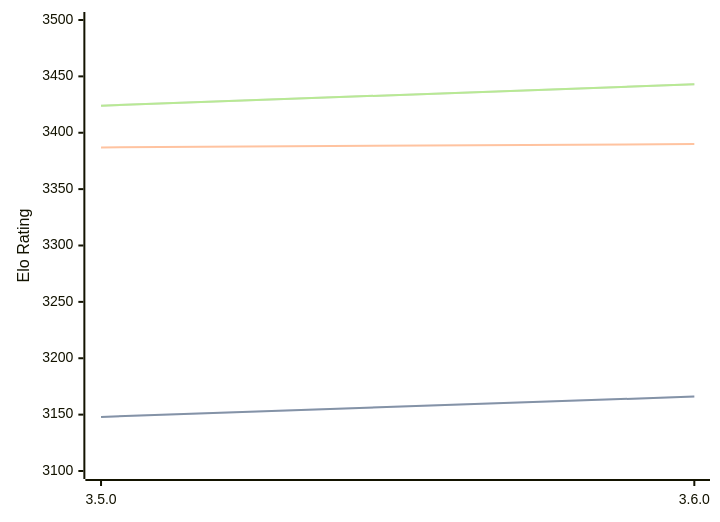
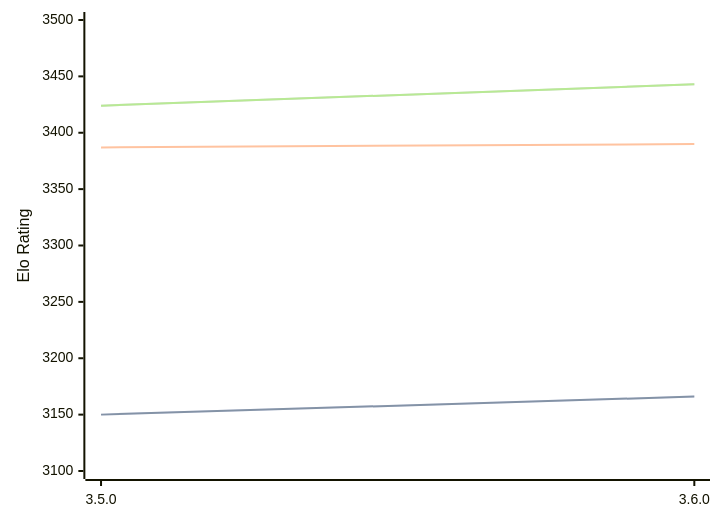
Before and after one commit to computer-chess-index/cci: the third of 3 diagrams in engines/Igel.md, drawn with Mermaid. The commit also changed other lines of this file, not shown here.

````diff
--- a/engines/Igel.md
+++ b/engines/Igel.md
@@ -101,11 +101,11 @@
 ```mermaid
 %%{init: {"theme":"base","themeVariables":{"seriesColors:['#a3a3a3','#222221','#faa371']}}}%%
 xychart-beta
   x-axis ["3.5.0", "3.6.0"]
   y-axis "Elo Rating" 3100 --> 3500
-  line "STC (8.0+0.08s)" [3148, 3166]
-  line "STC (8.0+0.08s)" [3148, 3166]
+  line "STC (8.0+0.08s)" [3150, 3166]
+  line "STC (8.0+0.08s)" [3150, 3166]
   line "LTC (60.0+0.60s)" [3387, 3390]
   line "VLTC (2m24s+1.12s)" [3424, 3443]
   line "VLTC (2m24s+1.12s)" [3424, 3443]
 ```
````
